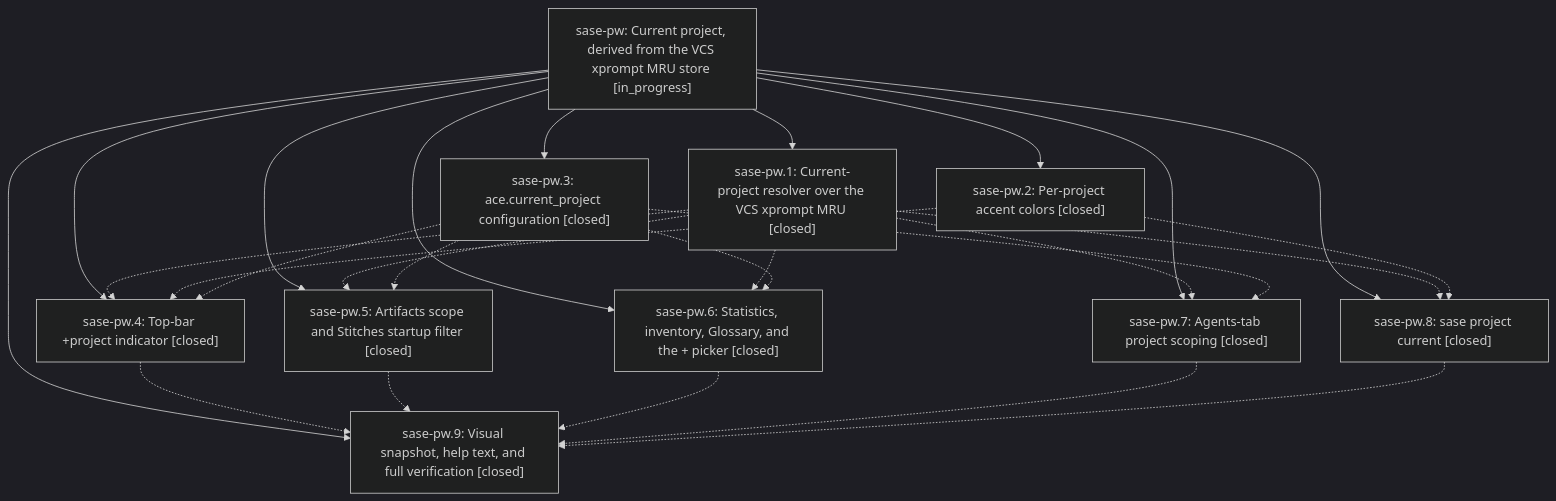
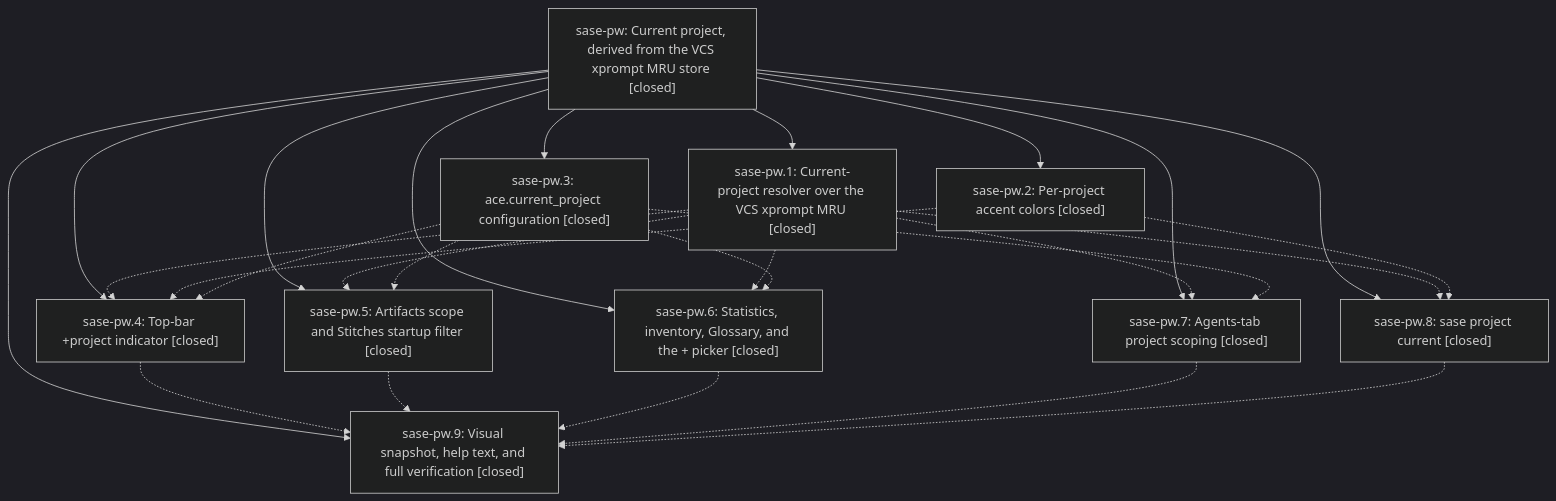
The diagram in pages/sase-pw/README.md (sase-org/sase--beads), drawn with Mermaid (dark theme) before and after one commit. The commit also changed other lines of this file, not shown here.

First line of the commit message:
chore(beads): sync bead state and pages for sase-pw

````diff
--- a/pages/sase-pw/README.md
+++ b/pages/sase-pw/README.md
@@ -44,38 +56,38 @@
 ```mermaid
 flowchart TD
-    n0["sase-pw: Current project, derived from the VCS xprompt MRU store [in_progress]"]
+    n0["sase-pw: Current project, derived from the VCS xprompt MRU store [closed]"]
     n1["sase-pw.1: Current-project resolver over the VCS xprompt MRU [closed]"]
     n2["sase-pw.2: Per-project accent colors [closed]"]
     n3["sase-pw.3: ace.current_project configuration [closed]"]
     n4["sase-pw.4: Top-bar +project indicator [closed]"]
     n5["sase-pw.5: Artifacts scope and Stitches startup filter [closed]"]
     n6["sase-pw.6: Statistics, inventory, Glossary, and the + picker [closed]"]
     n7["sase-pw.7: Agents-tab project scoping [closed]"]
     n8["sase-pw.8: sase project current [closed]"]
     n9["sase-pw.9: Visual snapshot, help text, and full verification [closed]"]
     n0 --> n1
     n0 --> n2
     n0 --> n3
     n0 --> n4
     n0 --> n5
     n0 --> n6
     n0 --> n7
     n0 --> n8
     n0 --> n9
     n1 -.-> n4
     n1 -.-> n5
     n1 -.-> n6
     n1 -.-> n7
     n1 -.-> n8
     n2 -.-> n4
     n2 -.-> n8
     n3 -.-> n4
     n3 -.-> n5
     n3 -.-> n6
     n3 -.-> n7
     n4 -.-> n9
     n5 -.-> n9
     n6 -.-> n9
     n7 -.-> n9
     n8 -.-> n9
 ```
````
